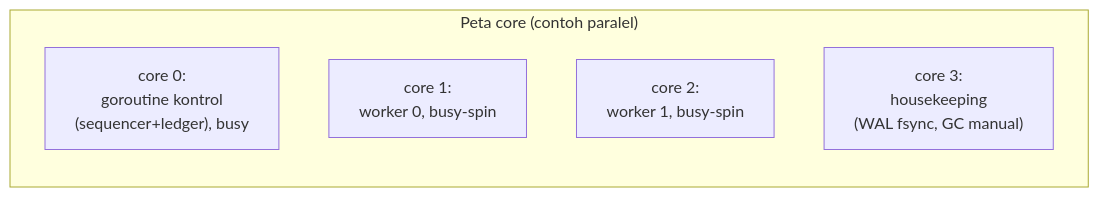
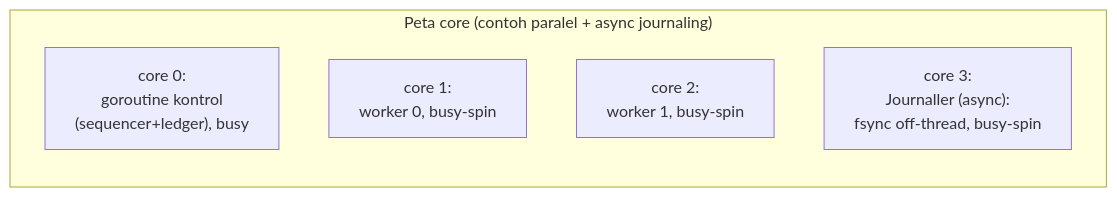
One commit to yanuar-ar/order-book changed diagram 15 of 16 in ARCHITECTURE.md. Above: the diagram before and after it, drawn with Mermaid. The commit also changed other lines of this file and 1 other file, not shown here.

First line of the commit message:
docs: document sync/async journaling in ARCHITECTURE.md + CLAUDE.md

````diff
--- a/ARCHITECTURE.md
+++ b/ARCHITECTURE.md
@@ -807,9 +884,9 @@
 ```mermaid
 flowchart LR
-    subgraph CPU["Peta core (contoh paralel)"]
+    subgraph CPU["Peta core (contoh paralel + async journaling)"]
         C0["core 0:<br/>goroutine kontrol<br/>(sequencer+ledger), busy"]
         C1["core 1:<br/>worker 0, busy-spin"]
         C2["core 2:<br/>worker 1, busy-spin"]
-        C3["core 3:<br/>housekeeping<br/>(WAL fsync, GC manual)"]
+        C3["core 3:<br/>Journaller (async):<br/>fsync off-thread, busy-spin"]
     end
 ```
````
